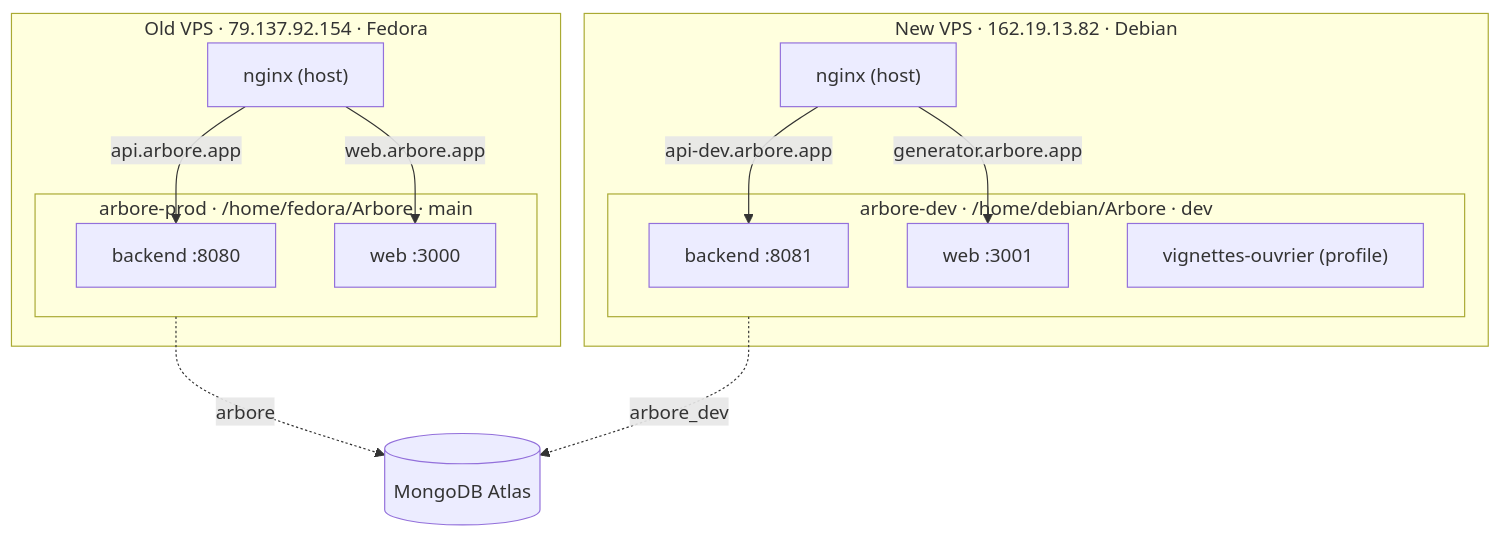
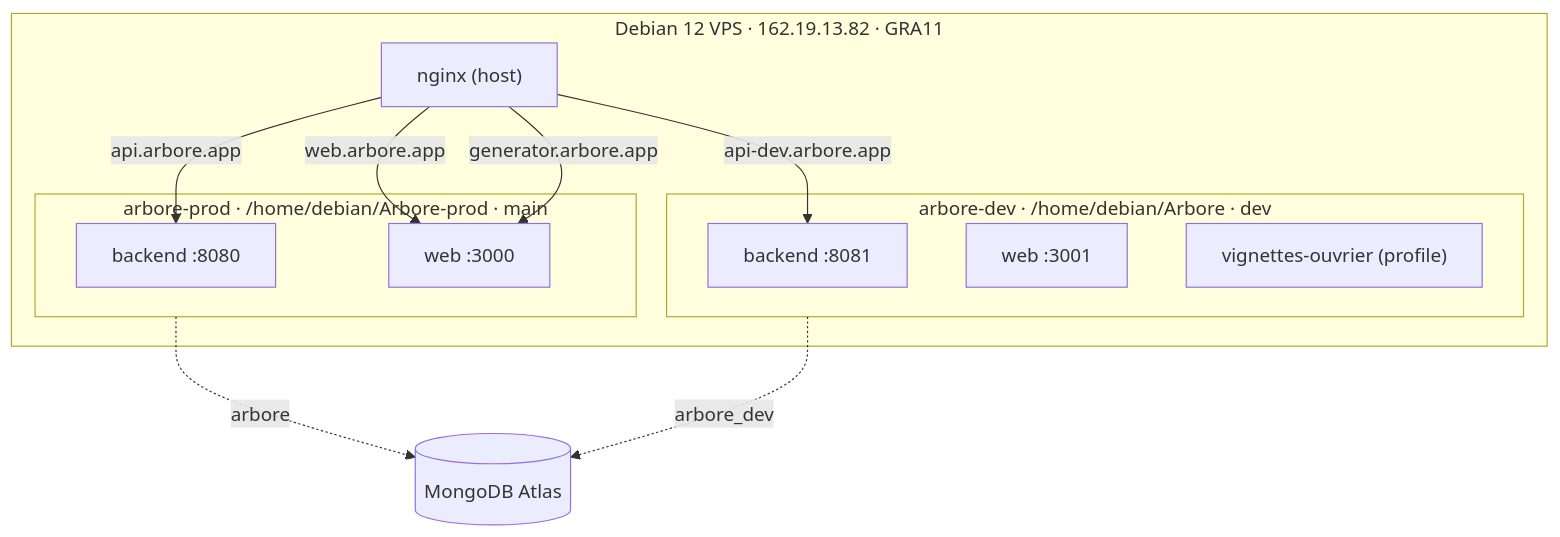
Before and after one commit to ArboreTeam/Arbore: the fourth of 5 diagrams in docs/en/architecture/05-infrastructure.md, drawn with Mermaid. The commit also changed other lines of this file and 6 other files, not shown here.

````diff
--- a/docs/en/architecture/05-infrastructure.md
+++ b/docs/en/architecture/05-infrastructure.md
@@ -158,24 +158,21 @@
 ```mermaid
 flowchart TB
-    subgraph old["Old VPS · 79.137.92.154 · Fedora"]
-        subgraph prod["arbore-prod · /home/fedora/Arbore · main"]
+    subgraph vps["Debian 12 VPS · 162.19.13.82 · GRA11"]
+        subgraph prod["arbore-prod · /home/debian/Arbore-prod · main"]
             p1["backend :8080"]
             p2["web :3000"]
         end
-        nginxA["nginx (host)"]
-    end
-    subgraph new["New VPS · 162.19.13.82 · Debian"]
         subgraph devenv["arbore-dev · /home/debian/Arbore · dev"]
             d1["backend :8081"]
             d2["web :3001"]
             d3["vignettes-ouvrier (profile)"]
         end
-        nginxB["nginx (host)"]
+        nginx["nginx (host)"]
     end
-    nginxA -->|api.arbore.app| p1
-    nginxA -->|web.arbore.app| p2
-    nginxB -->|api-dev.arbore.app| d1
-    nginxB -->|generator.arbore.app| d2
+    nginx -->|api.arbore.app| p1
+    nginx -->|web.arbore.app| p2
+    nginx -->|generator.arbore.app| p2
+    nginx -->|api-dev.arbore.app| d1
     prod -.->|arbore| mongo[("MongoDB Atlas")]
     devenv -.->|arbore_dev| mongo
 ```
````
